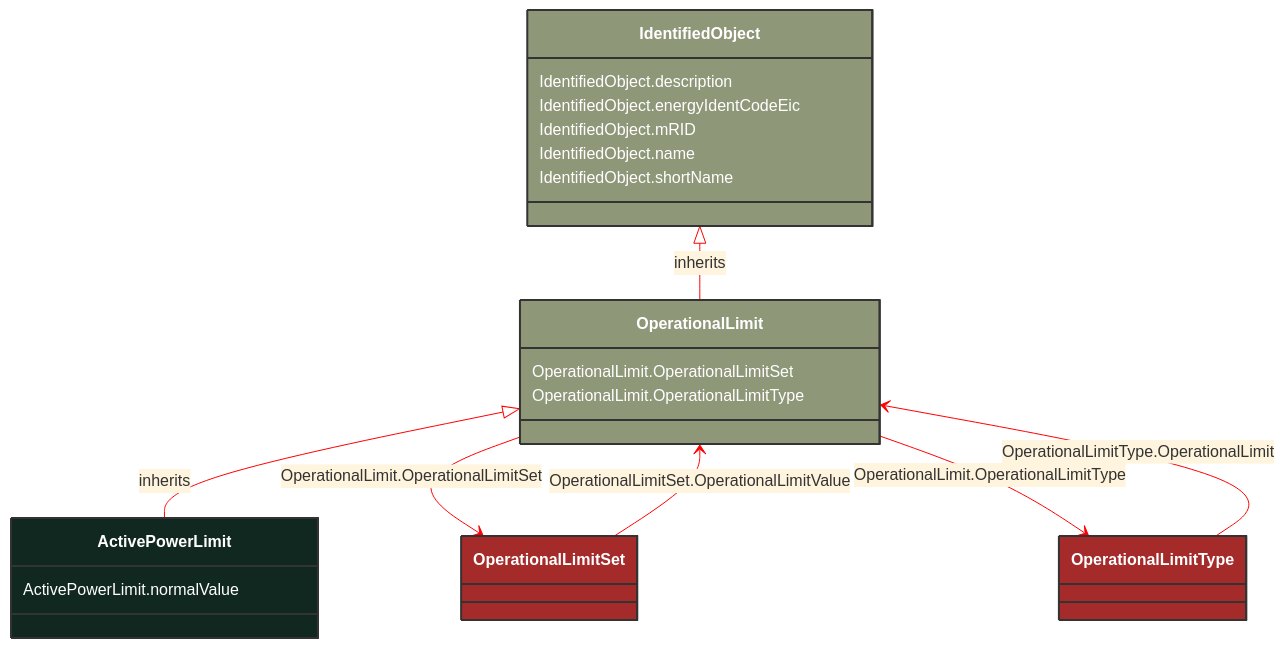
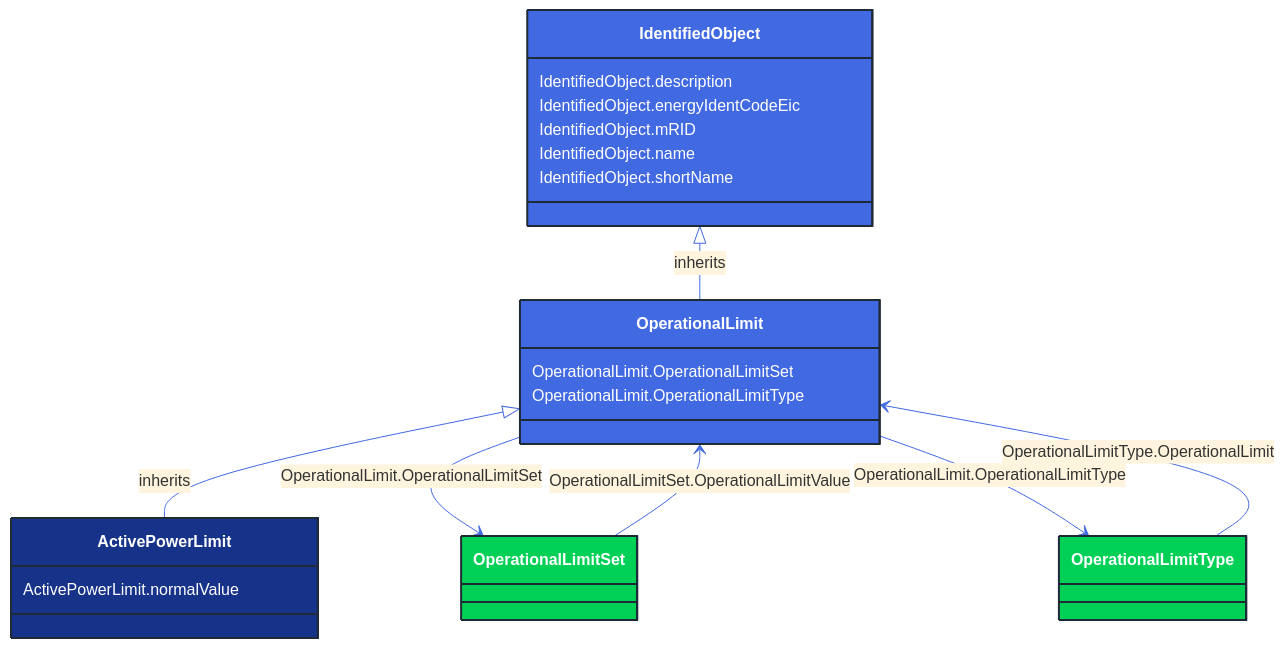
Before and after one commit to 3lbits/NoCIMExtensions: the diagram in docs/Models/Profiles/CoreEquipment/ConcreteClasses/ActivePowerLimit.md, drawn with Mermaid. The commit also changed 362 other files, not shown here.

First line of the commit message:
Update diagrams and styles for improved visual consistency

````diff
--- a/docs/Models/Profiles/CoreEquipment/ConcreteClasses/ActivePowerLimit.md
+++ b/docs/Models/Profiles/CoreEquipment/ConcreteClasses/ActivePowerLimit.md
@@ -8,48 +8,48 @@
 ```mermaid
-%%{init: {'theme':'base','themeVariables': {'lineColor': '#FF0000'}}}%%
+%%{init: {'theme':'base','themeVariables': {'lineColor': '#4169E1'}}}%%
 classDiagram
     class ActivePowerLimit
     click ActivePowerLimit href "/Models/Profiles/CoreEquipment/ConcreteClasses/ActivePowerLimit/"
-    style ActivePowerLimit fill:#102820,stroke:#333,stroke-width:2px,rx:10,ry:10,color:white
+    style ActivePowerLimit fill:#163289,stroke:#1F2A37,stroke-width:2px,rx:10,ry:10,color:white
      
         OperationalLimit <|-- ActivePowerLimit : inherits
             click OperationalLimit href "/Models/Profiles/CoreEquipment/AbstractClasses/OperationalLimit/"
-            style OperationalLimit fill:#8F9779,stroke:#333,stroke-width:2px,rx:10,ry:10,color:white
+            style OperationalLimit fill:#4169E1,stroke:#1F2A37,stroke-width:2px,rx:10,ry:10,color:white
      
         IdentifiedObject <|-- OperationalLimit : inherits
             click IdentifiedObject href "/Models/Profiles/CoreEquipment/AbstractClasses/IdentifiedObject/"
-            style IdentifiedObject fill:#8F9779,stroke:#333,stroke-width:2px,rx:10,ry:10,color:white
+            style IdentifiedObject fill:#4169E1,stroke:#1F2A37,stroke-width:2px,rx:10,ry:10,color:white
 
         OperationalLimit --> OperationalLimitSet : OperationalLimit.OperationalLimitSet
 
         OperationalLimitSet
             click OperationalLimitSet href "/Models/Profiles/CoreEquipment/ConcreteClasses/OperationalLimitSet/"
-            style OperationalLimitSet fill:#A52A2A,stroke:#333,stroke-width:2px,rx:10,ry:10,color:white
+            style OperationalLimitSet fill:#00D156,stroke:#1F2A37,stroke-width:2px,rx:10,ry:10,color:white
         OperationalLimit --> OperationalLimitType : OperationalLimit.OperationalLimitType
 
         OperationalLimitType
             click OperationalLimitType href "/Models/Profiles/CoreEquipment/ConcreteClasses/OperationalLimitType/"
-            style OperationalLimitType fill:#A52A2A,stroke:#333,stroke-width:2px,rx:10,ry:10,color:white
+            style OperationalLimitType fill:#00D156,stroke:#1F2A37,stroke-width:2px,rx:10,ry:10,color:white
 
         OperationalLimitSet --> OperationalLimit : OperationalLimitSet.OperationalLimitValue
 
         OperationalLimitSet
             click OperationalLimitSet href "/Models/Profiles/CoreEquipment/ConcreteClasses/OperationalLimitSet/"
-            style OperationalLimitSet fill:#A52A2A,stroke:#333,stroke-width:2px,rx:10,ry:10,color:white
+            style OperationalLimitSet fill:#00D156,stroke:#1F2A37,stroke-width:2px,rx:10,ry:10,color:white
 
         OperationalLimitType --> OperationalLimit : OperationalLimitType.OperationalLimit
 
         OperationalLimitType
             click OperationalLimitType href "/Models/Profiles/CoreEquipment/ConcreteClasses/OperationalLimitType/"
-            style OperationalLimitType fill:#A52A2A,stroke:#333,stroke-width:2px,rx:10,ry:10,color:white
+            style OperationalLimitType fill:#00D156,stroke:#1F2A37,stroke-width:2px,rx:10,ry:10,color:white
 
 
         ActivePowerLimit : ActivePowerLimit.normalValue
         OperationalLimit : OperationalLimit.OperationalLimitSet
         OperationalLimit : OperationalLimit.OperationalLimitType
         IdentifiedObject : IdentifiedObject.description
         IdentifiedObject : IdentifiedObject.energyIdentCodeEic
         IdentifiedObject : IdentifiedObject.mRID
         IdentifiedObject : IdentifiedObject.name
         IdentifiedObject : IdentifiedObject.shortName
 ```
````
